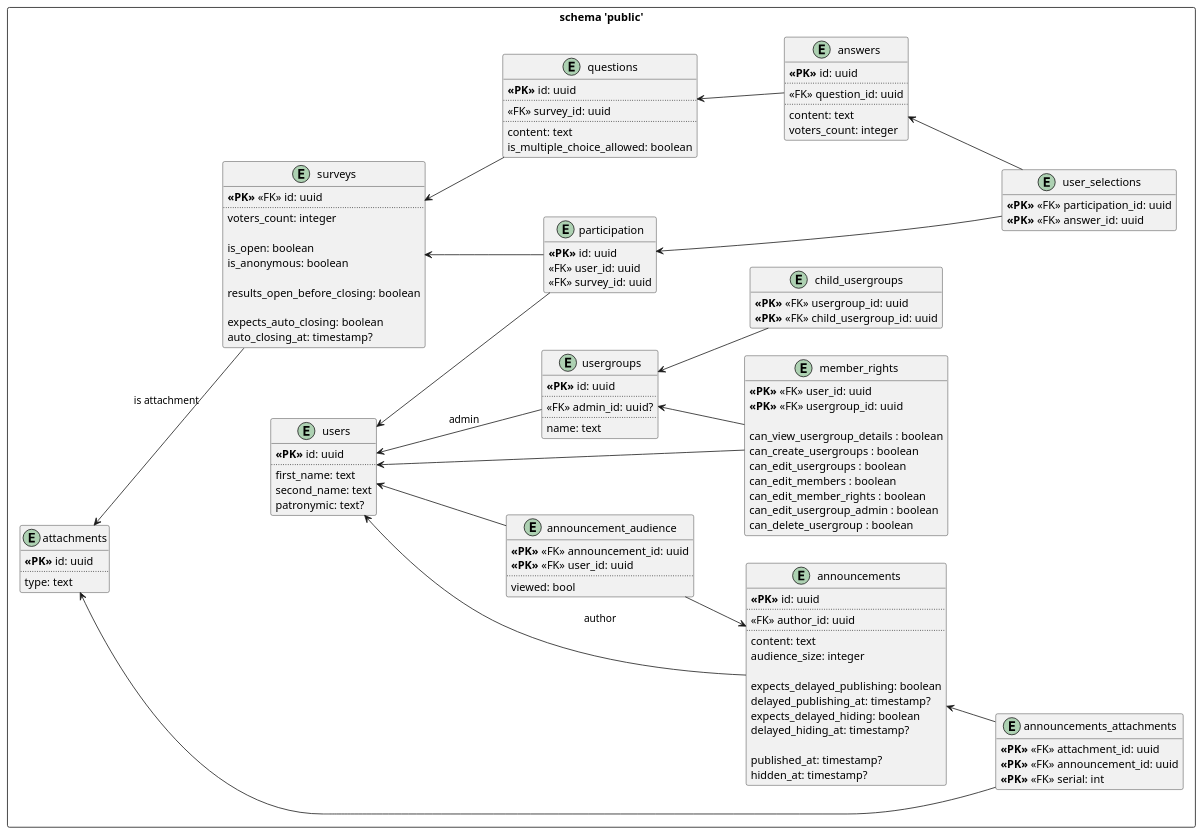
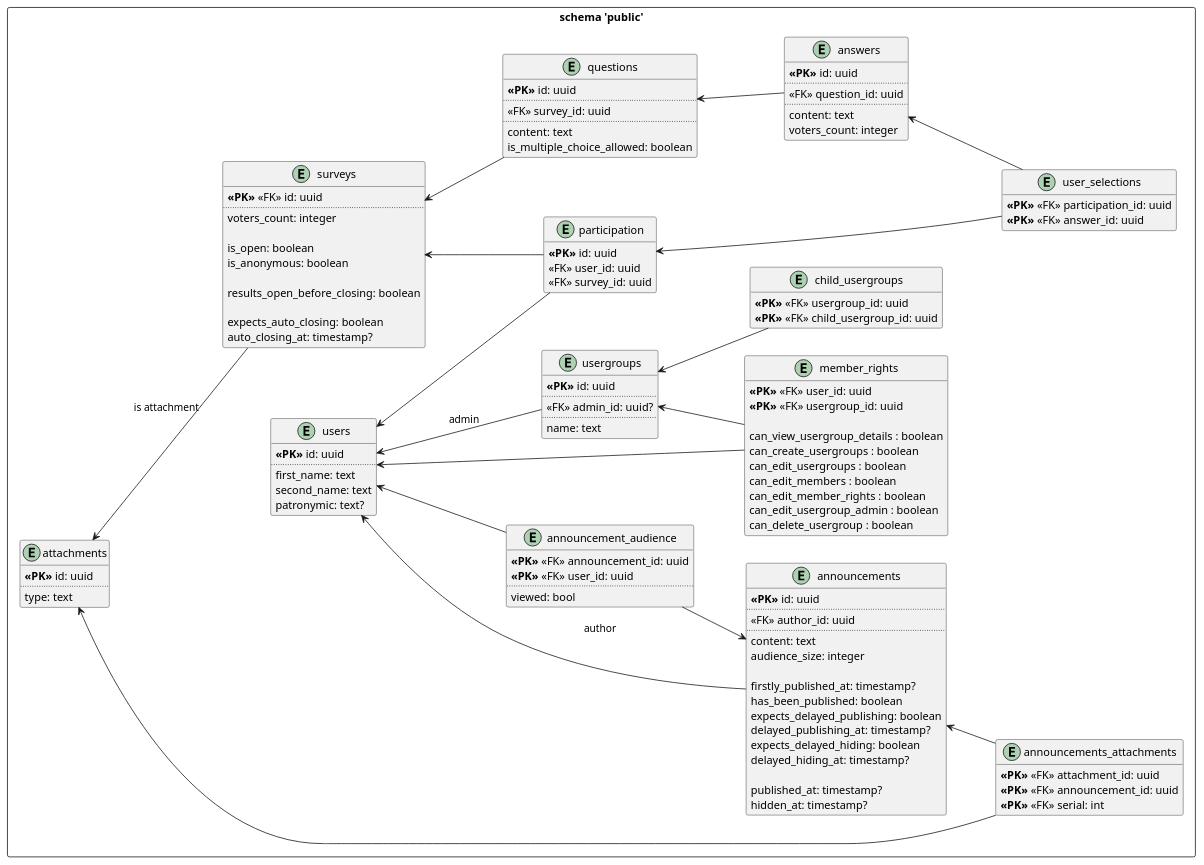
The diagram in doc/диаграммы/база-данных/основная-бд.puml (astu-app/ASTU-Bulletin-Board-Server), drawn with PlantUML before and after one commit.

Commit message:
добавил на диаграмму бд момент первой публикации объявления и было ли объявление опубликовано

```diff
--- a/doc/диаграммы/база-данных/основная-бд.puml
+++ b/doc/диаграммы/база-данных/основная-бд.puml
@@ -1,159 +1,161 @@
 @startuml
 'https://plantuml.com/class-diagram
 
 hide methods
 
 left to right direction
 
 ' public schema
 rectangle "schema 'public'" as public_schema { 
     entity users {
         <b><<PK>></b> id: uuid
         ..
         first_name: text
         second_name: text
         patronymic: text?
     }
     
     entity announcements {
         <b><<PK>></b> id: uuid
         ..
         <<FK>> author_id: uuid
         ..
         content: text
         audience_size: integer
         
+        firstly_published_at: timestamp?
+        has_been_published: boolean
         expects_delayed_publishing: boolean
         delayed_publishing_at: timestamp?
         expects_delayed_hiding: boolean
         delayed_hiding_at: timestamp?
         
         published_at: timestamp?
         hidden_at: timestamp?
     }
     users <-- announcements : author
     
     entity announcement_audience {
         <b><<PK>></b> <<FK>> announcement_id: uuid
         <b><<PK>></b> <<FK>> user_id: uuid
         ..
         viewed: bool
     }
     announcements <-up- announcement_audience
     users <-- announcement_audience
     
     entity usergroups {
         <b><<PK>></b> id: uuid
         ..
         <<FK>> admin_id: uuid?
         ..
         name: text
     }
     users <-- usergroups : admin
     
     entity child_usergroups {
         <b><<PK>></b> <<FK>> usergroup_id: uuid
         <b><<PK>></b> <<FK>> child_usergroup_id: uuid
     }
     usergroups <-- child_usergroups
     
     entity member_rights {
         <b><<PK>></b> <<FK>> user_id: uuid
         <b><<PK>></b> <<FK>> usergroup_id: uuid
 
         can_view_usergroup_details : boolean
         can_create_usergroups : boolean
         can_edit_usergroups : boolean
         can_edit_members : boolean
         can_edit_member_rights : boolean
         can_edit_usergroup_admin : boolean
         can_delete_usergroup : boolean
     }
     usergroups <-- member_rights
     users <-- member_rights
 
     entity attachments {
         <b><<PK>></b> id: uuid
         ..
         type: text
     }
 
     entity announcements_attachments {
         <b><<PK>></b> <<FK>> attachment_id: uuid
         <b><<PK>></b> <<FK>> announcement_id: uuid
         <b><<PK>></b> <<FK>> serial: int
     }
     announcements <-- announcements_attachments
     attachments <-- announcements_attachments
 
     entity surveys {
         <b><<PK>></b> <<FK>> id: uuid
         ..
         voters_count: integer
         
         is_open: boolean
         is_anonymous: boolean
         
         results_open_before_closing: boolean
         
         expects_auto_closing: boolean
         auto_closing_at: timestamp?
     }
     attachments <-- surveys : is attachment
     
     entity questions {
         <b><<PK>></b> id: uuid
         ..
         <<FK>> survey_id: uuid
         ..
         content: text    
         is_multiple_choice_allowed: boolean
     }
     surveys <-- questions
     
     entity answers {
         <b><<PK>></b> id: uuid
         ..
         <<FK>> question_id: uuid
         ..
         content: text
         voters_count: integer
     }
     questions <-- answers
     note right of answers::answer_type
         Атрибут определяет 
         хранящийся в записи тип вопроса
     end note
     
     entity participation {
         <b><<PK>></b> id: uuid
         <<FK>> user_id: uuid
         <<FK>> survey_id: uuid
     }
     users <-- participation
     surveys <-- participation
     
     entity user_selections {
         <b><<PK>></b> <<FK>> participation_id: uuid
         <b><<PK>></b> <<FK>> answer_id: uuid
     }
     participation <-- user_selections
     answers <-- user_selections
 }
 
 
 
 '' logs schema
 'rectangle "schema 'logs'" as logs_schema {
 '    entity announcements_logs {
 '        operation_time: timestamp
 '        operation_type: text
 '        announcement_id: uuid
 '        user_id: uuid
 '        details: jsonb?
 '    }
 '}
 'public_schema <.up. logs_schema
 ''archive_schema <.. logs_schema
 
 @enduml 
```
